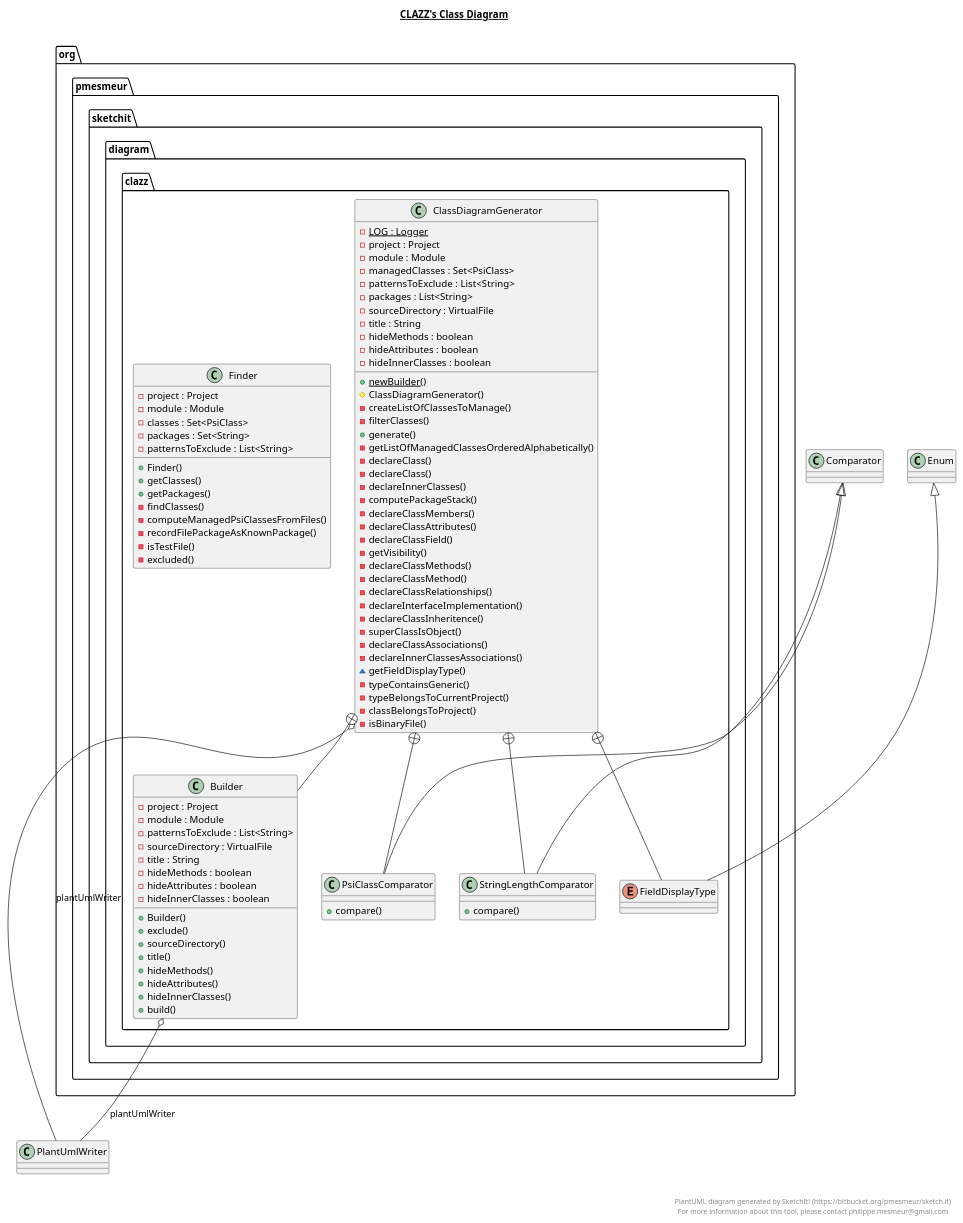
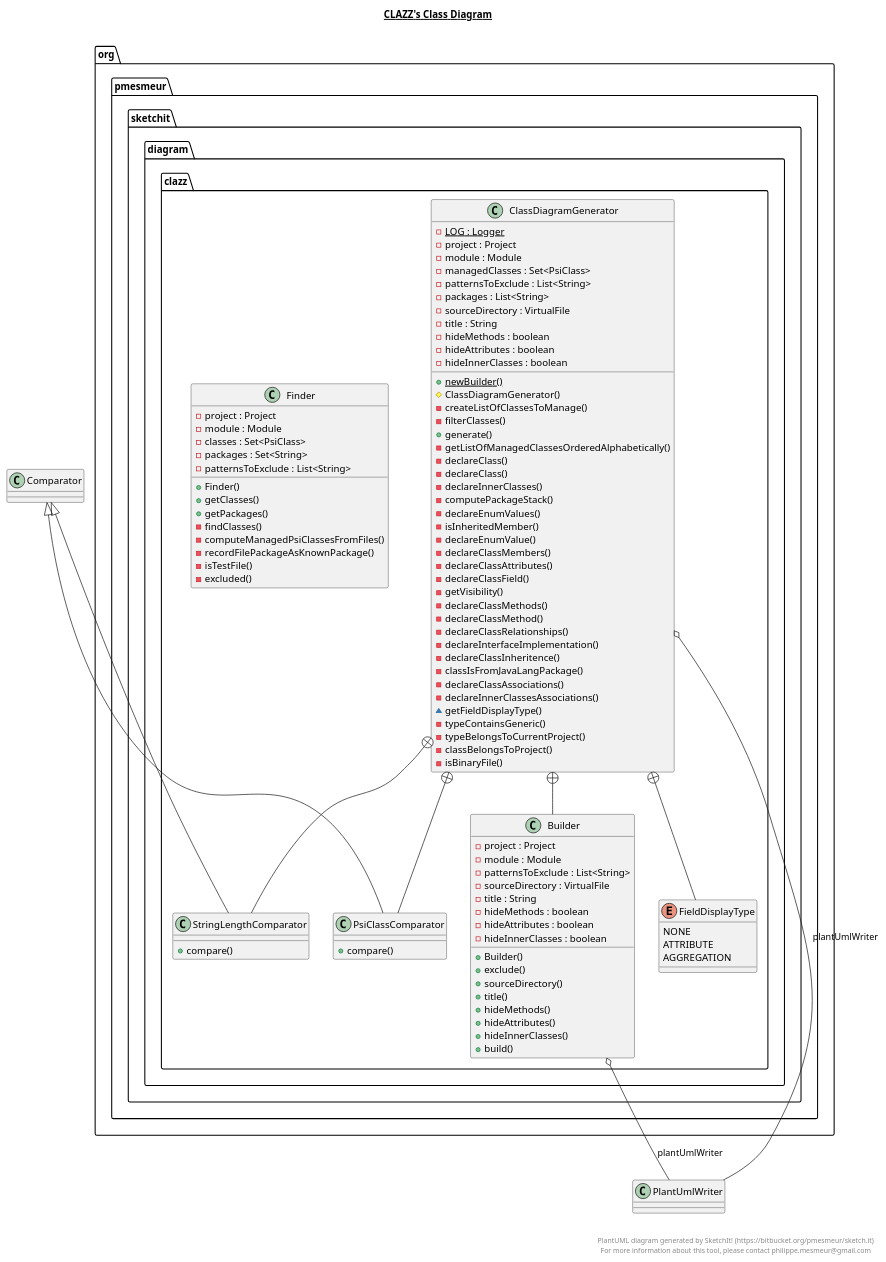
One commit to bigjimlefou/sketch.it changed the diagram in src/org/pmesmeur/sketchit/diagram/clazz/clazz.plantuml. Above: the diagram before and after it, drawn with PlantUML. The commit also changed 4 other files, not shown here.

Commit message:
Write enum values

```diff
--- a/src/org/pmesmeur/sketchit/diagram/clazz/clazz.plantuml
+++ b/src/org/pmesmeur/sketchit/diagram/clazz/clazz.plantuml
@@ -1,151 +1,157 @@
 @startuml
 
 title __CLAZZ's Class Diagram__\n
 
   package org.pmesmeur.sketchit {
     package org.pmesmeur.sketchit.diagram {
       package org.pmesmeur.sketchit.diagram.clazz {
         class ClassDiagramGenerator {
             {static} - LOG : Logger
             - project : Project
             - module : Module
             - managedClasses : Set<PsiClass>
             - patternsToExclude : List<String>
             - packages : List<String>
             - sourceDirectory : VirtualFile
             - title : String
             - hideMethods : boolean
             - hideAttributes : boolean
             - hideInnerClasses : boolean
             {static} + newBuilder()
             # ClassDiagramGenerator()
             - createListOfClassesToManage()
             - filterClasses()
             + generate()
             - getListOfManagedClassesOrderedAlphabetically()
             - declareClass()
             - declareClass()
             - declareInnerClasses()
             - computePackageStack()
+            - declareEnumValues()
+            - isInheritedMember()
+            - declareEnumValue()
             - declareClassMembers()
             - declareClassAttributes()
             - declareClassField()
             - getVisibility()
             - declareClassMethods()
             - declareClassMethod()
             - declareClassRelationships()
             - declareInterfaceImplementation()
             - declareClassInheritence()
-            - superClassIsObject()
+            - classIsFromJavaLangPackage()
             - declareClassAssociations()
             - declareInnerClassesAssociations()
             ~ getFieldDisplayType()
             - typeContainsGeneric()
             - typeBelongsToCurrentProject()
             - classBelongsToProject()
             - isBinaryFile()
         }
       }
     }
   }
   
 
   package org.pmesmeur.sketchit {
     package org.pmesmeur.sketchit.diagram {
       package org.pmesmeur.sketchit.diagram.clazz {
         class Builder {
             - project : Project
             - module : Module
             - patternsToExclude : List<String>
             - sourceDirectory : VirtualFile
             - title : String
             - hideMethods : boolean
             - hideAttributes : boolean
             - hideInnerClasses : boolean
             + Builder()
             + exclude()
             + sourceDirectory()
             + title()
             + hideMethods()
             + hideAttributes()
             + hideInnerClasses()
             + build()
         }
       }
     }
   }
   
 
   package org.pmesmeur.sketchit {
     package org.pmesmeur.sketchit.diagram {
       package org.pmesmeur.sketchit.diagram.clazz {
         class StringLengthComparator {
             + compare()
         }
       }
     }
   }
   
 
   package org.pmesmeur.sketchit {
     package org.pmesmeur.sketchit.diagram {
       package org.pmesmeur.sketchit.diagram.clazz {
         class PsiClassComparator {
             + compare()
         }
       }
     }
   }
   
 
   package org.pmesmeur.sketchit {
     package org.pmesmeur.sketchit.diagram {
       package org.pmesmeur.sketchit.diagram.clazz {
-        enum FieldDisplayType
+        enum FieldDisplayType {
+          NONE
+          ATTRIBUTE
+          AGGREGATION
+        }
       }
     }
   }
   
 
   package org.pmesmeur.sketchit {
     package org.pmesmeur.sketchit.diagram {
       package org.pmesmeur.sketchit.diagram.clazz {
         class Finder {
             - project : Project
             - module : Module
             - classes : Set<PsiClass>
             - packages : Set<String>
             - patternsToExclude : List<String>
             + Finder()
             + getClasses()
             + getPackages()
             - findClasses()
             - computeManagedPsiClassesFromFiles()
             - recordFilePackageAsKnownPackage()
             - isTestFile()
             - excluded()
         }
       }
     }
   }
   
 
   ClassDiagramGenerator o-- PlantUmlWriter : plantUmlWriter
   ClassDiagramGenerator +-down- Builder
   ClassDiagramGenerator +-down- StringLengthComparator
   ClassDiagramGenerator +-down- PsiClassComparator
   ClassDiagramGenerator +-down- FieldDisplayType
   Builder o-- PlantUmlWriter : plantUmlWriter
   StringLengthComparator -up-|> Comparator
   PsiClassComparator -up-|> Comparator
-  FieldDisplayType -up-|> Enum
 
 
 right footer
 
 
 PlantUML diagram generated by SketchIt! (https://bitbucket.org/pmesmeur/sketch.it)
 For more information about this tool, please contact philippe.mesmeur@gmail.com
 endfooter
 
 @enduml
```
